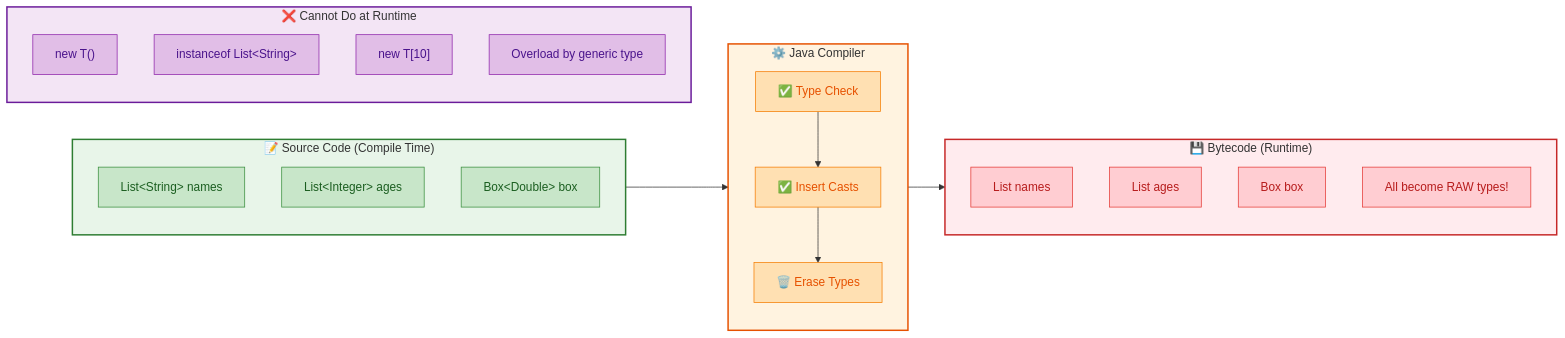
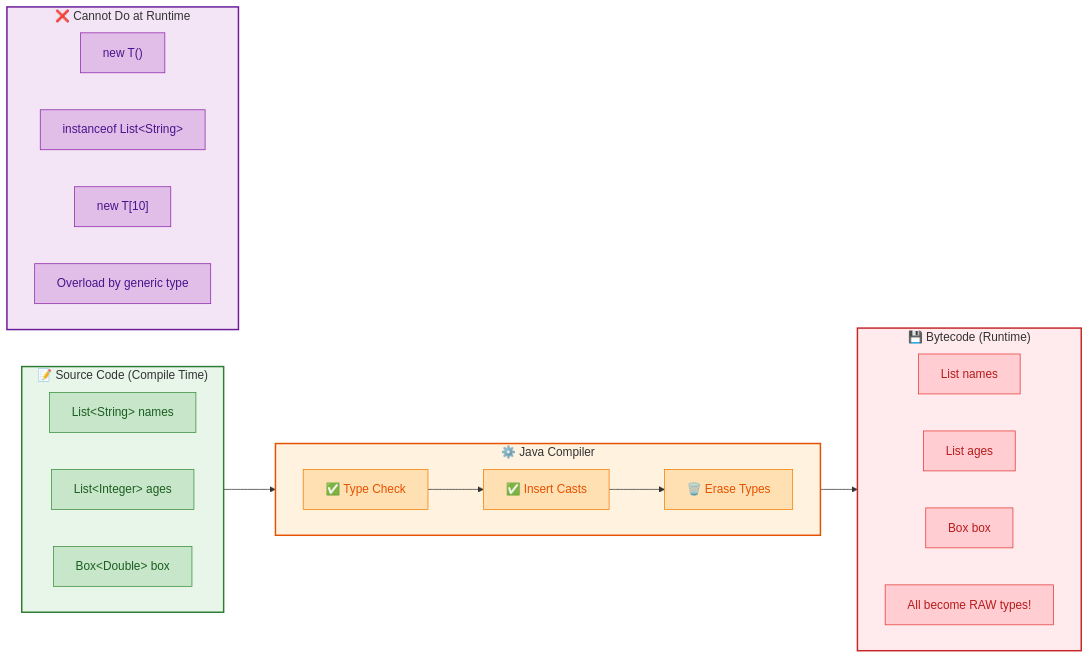
Before and after one commit to saivamsikaruturi/vamsilabs-dev-notes-main: the fourth of 5 diagrams in docs/java/Generics.md, drawn with Mermaid. The commit also changed other lines of this file and 146 other files, not shown here.

Commit message:
Horizontal diagrams, UML class diagrams, typography overhaul, and permalink cleanup

````diff
--- a/docs/java/Generics.md
+++ b/docs/java/Generics.md
@@ -323,54 +323,54 @@
 ```mermaid
 flowchart LR
     subgraph SOURCE["📝 Source Code (Compile Time)"]
-        direction TB
+        direction LR
         S1["List&lt;String&gt; names"]
         S2["List&lt;Integer&gt; ages"]
         S3["Box&lt;Double&gt; box"]
     end
 
     subgraph COMPILER["⚙️ Java Compiler"]
-        direction TB
+        direction LR
         C1["✅ Type Check"]
         C2["✅ Insert Casts"]
         C3["🗑️ Erase Types"]
         C1 --> C2 --> C3
     end
 
     subgraph BYTECODE["💾 Bytecode (Runtime)"]
-        direction TB
+        direction LR
         B1["List names"]
         B2["List ages"]
         B3["Box box"]
         B4["All become RAW types!"]
     end
 
     SOURCE --> COMPILER --> BYTECODE
 
     subgraph CANT["❌ Cannot Do at Runtime"]
-        direction TB
+        direction LR
         X1["new T()"]
         X2["instanceof List&lt;String&gt;"]
         X3["new T[10]"]
         X4["Overload by generic type"]
     end
 
     style SOURCE fill:#E8F5E9,stroke:#2E7D32,stroke-width:2px
     style COMPILER fill:#FFF3E0,stroke:#E65100,stroke-width:2px
     style BYTECODE fill:#FFEBEE,stroke:#C62828,stroke-width:2px
     style CANT fill:#F3E5F5,stroke:#6A1B9A,stroke-width:2px
     style S1 fill:#C8E6C9,stroke:#388E3C,color:#1B5E20
     style S2 fill:#C8E6C9,stroke:#388E3C,color:#1B5E20
     style S3 fill:#C8E6C9,stroke:#388E3C,color:#1B5E20
     style C1 fill:#FFE0B2,stroke:#F57C00,color:#E65100
     style C2 fill:#FFE0B2,stroke:#F57C00,color:#E65100
     style C3 fill:#FFE0B2,stroke:#F57C00,color:#E65100
     style B1 fill:#FFCDD2,stroke:#E53935,color:#B71C1C
     style B2 fill:#FFCDD2,stroke:#E53935,color:#B71C1C
     style B3 fill:#FFCDD2,stroke:#E53935,color:#B71C1C
     style B4 fill:#FFCDD2,stroke:#E53935,color:#B71C1C
     style X1 fill:#E1BEE7,stroke:#8E24AA,color:#4A148C
     style X2 fill:#E1BEE7,stroke:#8E24AA,color:#4A148C
     style X3 fill:#E1BEE7,stroke:#8E24AA,color:#4A148C
     style X4 fill:#E1BEE7,stroke:#8E24AA,color:#4A148C
 ```
````
